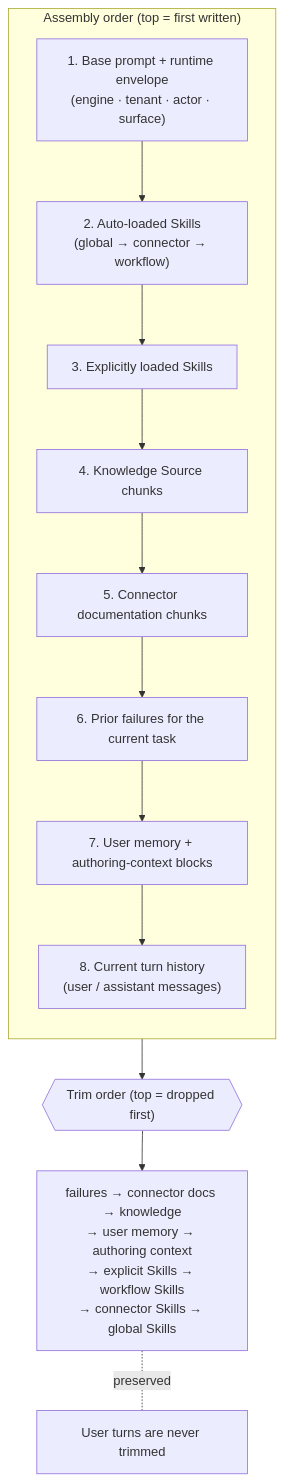
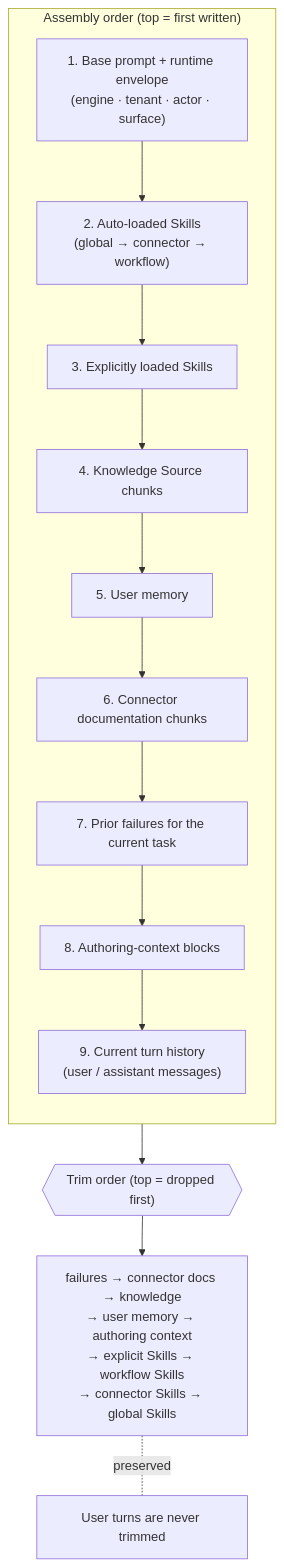
The first of 2 diagrams in docs/concepts/knowledge-and-skills.md (MikeBild/subkit), drawn with Mermaid before and after one commit. The commit also changed other lines of this file and 27 other files, not shown here.

````diff
--- a/docs/concepts/knowledge-and-skills.md
+++ b/docs/concepts/knowledge-and-skills.md
@@ -71,20 +71,21 @@
 ```mermaid
 flowchart TB
     subgraph build["Assembly order (top = first written)"]
         direction TB
         B1["1. Base prompt + runtime envelope<br/>(engine · tenant · actor · surface)"]
         B2["2. Auto-loaded Skills<br/>(global → connector → workflow)"]
         B3["3. Explicitly loaded Skills"]
         B4["4. Knowledge Source chunks"]
-        B5["5. Connector documentation chunks"]
-        B6["6. Prior failures for the current task"]
-        B7["7. User memory + authoring-context blocks"]
-        B8["8. Current turn history<br/>(user / assistant messages)"]
-        B1 --> B2 --> B3 --> B4 --> B5 --> B6 --> B7 --> B8
+        B5["5. User memory"]
+        B6["6. Connector documentation chunks"]
+        B7["7. Prior failures for the current task"]
+        B8["8. Authoring-context blocks"]
+        B9["9. Current turn history<br/>(user / assistant messages)"]
+        B1 --> B2 --> B3 --> B4 --> B5 --> B6 --> B7 --> B8 --> B9
     end
     Trim{{"Trim order (top = dropped first)"}}
     T1["failures → connector docs → knowledge<br/>→ user memory → authoring context<br/>→ explicit Skills → workflow Skills<br/>→ connector Skills → global Skills"]
     Note["User turns are never trimmed"]
     build --> Trim --> T1
     T1 -. preserved .- Note
 ```
````
